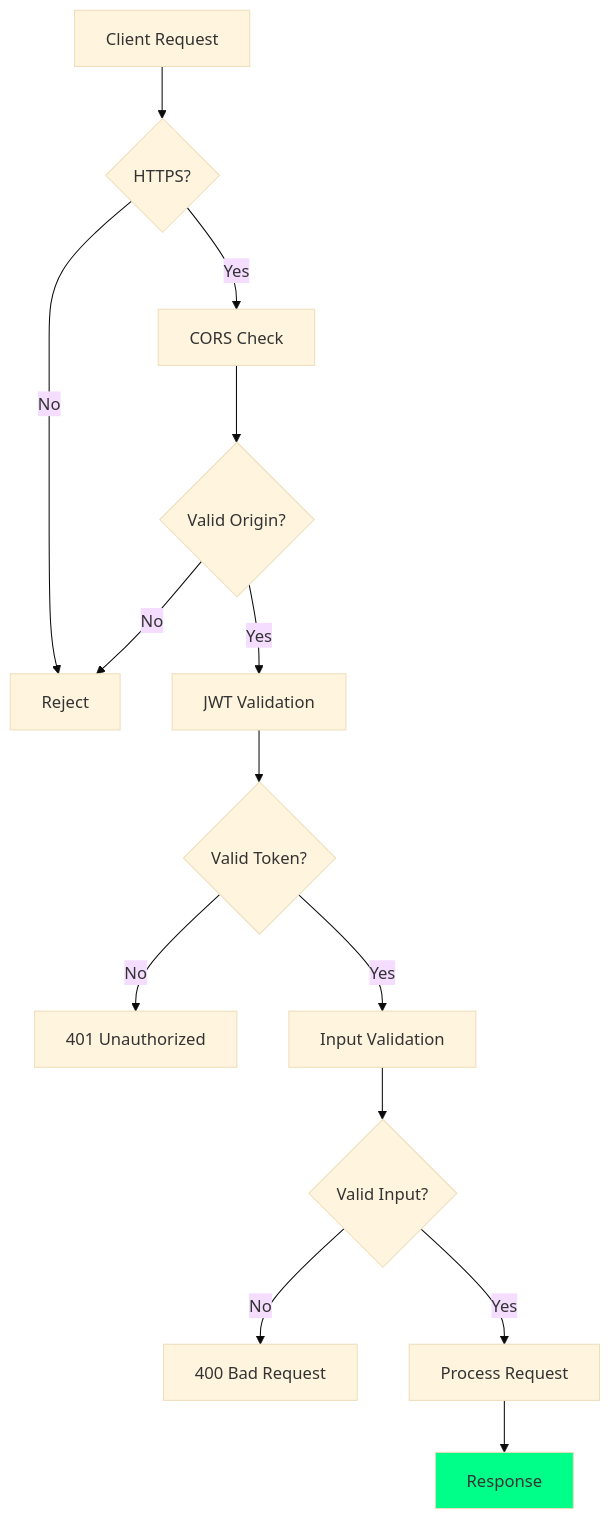
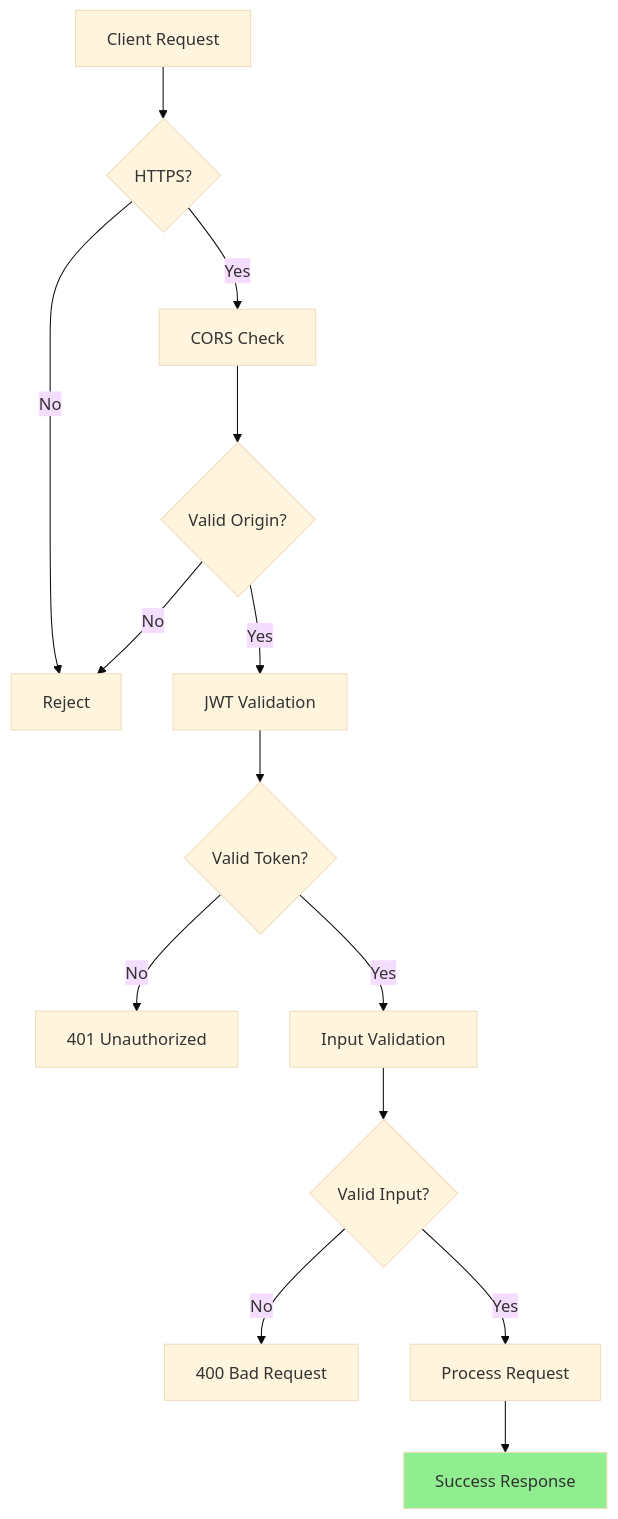
One commit to BTech20/biometric-auth-system changed the sixth of 14 diagrams in ARCHITECTURE.md. Above: the diagram before and after it, drawn with Mermaid (base theme). The commit also changed other lines of this file, not shown here.

First line of the commit message:
Fix Mermaid diagram rendering issues for GitHub

````diff
--- a/ARCHITECTURE.md
+++ b/ARCHITECTURE.md
@@ -221,18 +246,18 @@
 ```mermaid
-graph TB
-    A[Client Request] --> B{HTTPS?}
-    B -->|No| C[Reject]
-    B -->|Yes| D[CORS Check]
-    D --> E{Valid Origin?}
-    E -->|No| C
-    E -->|Yes| F[JWT Validation]
-    F --> G{Valid Token?}
-    G -->|No| H[401 Unauthorized]
-    G -->|Yes| I[Input Validation]
-    I --> J{Valid Input?}
-    J -->|No| K[400 Bad Request]
-    J -->|Yes| L[Process Request]
-    L --> M[Response]
+flowchart TD
+    A["Client Request"] --> B{"HTTPS?"}
+    B -->|"No"| C["Reject"]
+    B -->|"Yes"| D["CORS Check"]
+    D --> E{"Valid Origin?"}
+    E -->|"No"| C
+    E -->|"Yes"| F["JWT Validation"]
+    F --> G{"Valid Token?"}
+    G -->|"No"| H["401 Unauthorized"]
+    G -->|"Yes"| I["Input Validation"]
+    I --> J{"Valid Input?"}
+    J -->|"No"| K["400 Bad Request"]
+    J -->|"Yes"| L["Process Request"]
+    L --> M["Success Response"]
     
-    style M fill:#00ff88
+    style M fill:#90EE90
 ```
````
